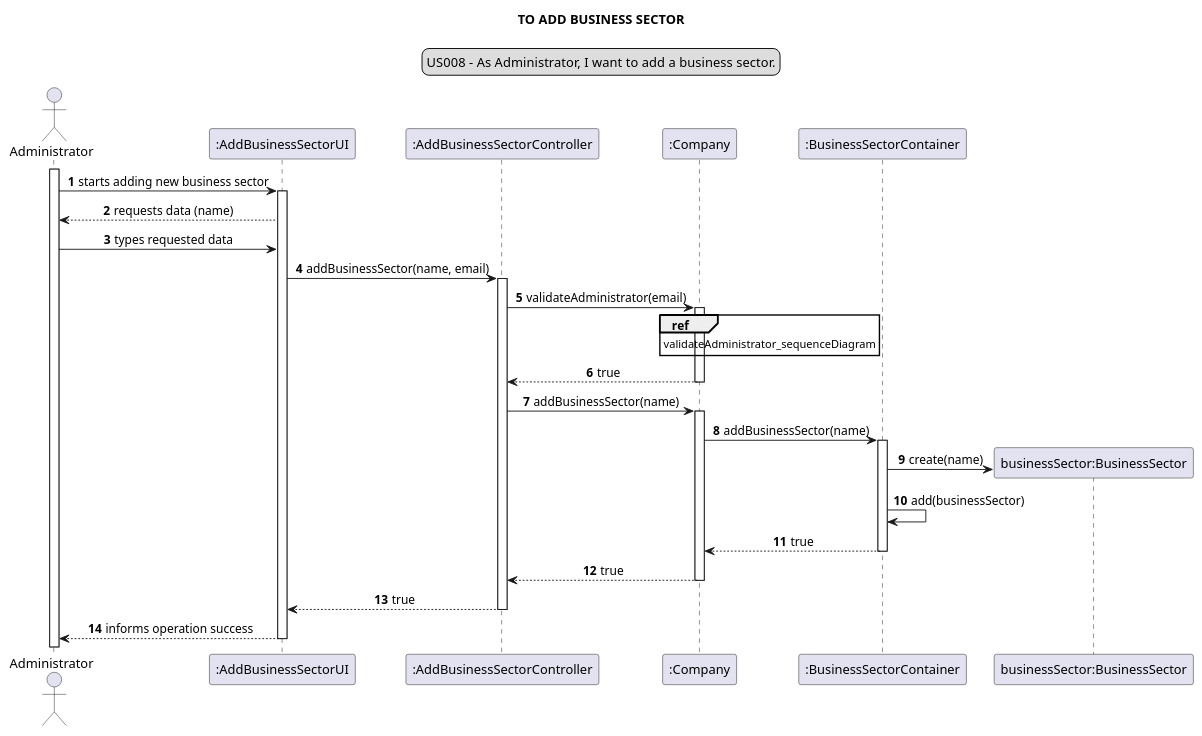
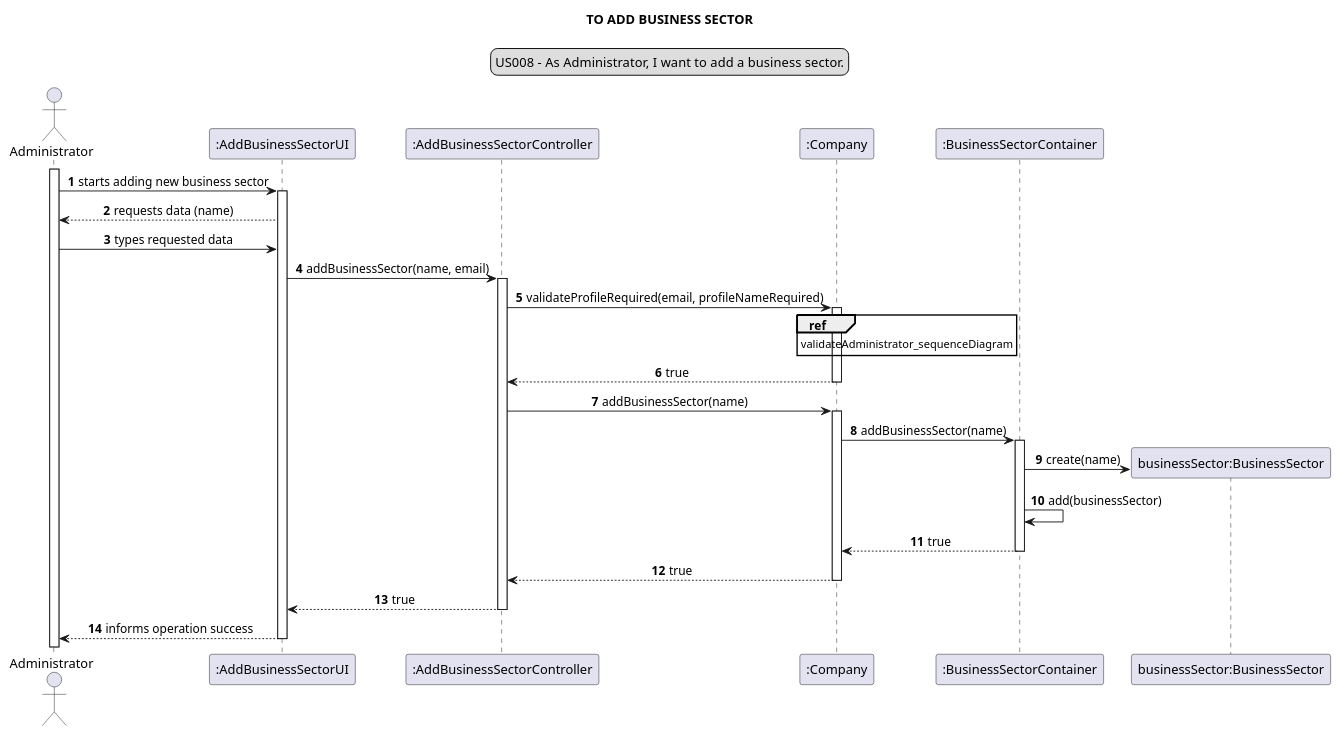
One commit to Loracline/project_switch_22-23 changed the diagram in docs/modelling_design/user_stories/sprint02/us008/US008_sequenceDiagram.puml. Above: the diagram before and after it, drawn with PlantUML. The commit also changed 4 other files, not shown here.

Commit message:
US001,US002, US007, US008, US009 : Design : refinement of Sequence Diagram

```diff
--- a/docs/modelling_design/user_stories/sprint02/us008/US008_sequenceDiagram.puml
+++ b/docs/modelling_design/user_stories/sprint02/us008/US008_sequenceDiagram.puml
@@ -1,46 +1,46 @@
 @startuml
 'https://plantuml.com/sequence-diagram
 
 autonumber
 skinparam sequenceMessageAlign center
 title TO ADD BUSINESS SECTOR
 legend top
 US008 - As Administrator, I want to add a business sector.
 end legend
 
 actor Administrator as a
-participant ":AddBusinessSectorUI" as absui
-participant ":AddBusinessSectorController" as absc
+participant ":AddBusinessSectorUI" as ui
+participant ":AddBusinessSectorController" as ct
 participant ":Company" as c
-participant ":BusinessSectorContainer" as bsc
+participant ":BusinessSectorContainer" as cn
 participant "businessSector:BusinessSector" as bs
 
 activate a
-a -> absui: starts adding new business sector
-activate absui
-a <-- absui: requests data (name)
-a -> absui: types requested data
-absui -> absc: addBusinessSector(name, email)
-activate absc
-absc -> c: validateAdministrator(email)
+a -> ui: starts adding new business sector
+activate ui
+a <-- ui: requests data (name)
+a -> ui: types requested data
+ui -> ct: addBusinessSector(name, email)
+activate ct
+ct -> c: validateProfileRequired(email, profileNameRequired)
 activate c
 ref over c: validateAdministrator_sequenceDiagram
-c --> absc: true
+c --> ct: true
 deactivate c
-absc -> c: addBusinessSector(name)
+ct -> c: addBusinessSector(name)
 activate c
-c -> bsc: addBusinessSector(name)
-activate bsc
+c -> cn: addBusinessSector(name)
+activate cn
 create bs
-bsc -> bs: create(name)
-bsc -> bsc: add(businessSector)
-c <-- bsc: true
-deactivate bsc
-absc <-- c: true
+cn -> bs: create(name)
+cn -> cn: add(businessSector)
+c <-- cn: true
+deactivate cn
+ct <-- c: true
 deactivate c
-absui <-- absc: true
-deactivate absc
-a <-- absui: informs operation success
-deactivate absui
+ui <-- ct: true
+deactivate ct
+a <-- ui: informs operation success
+deactivate ui
 
 @enduml
```
